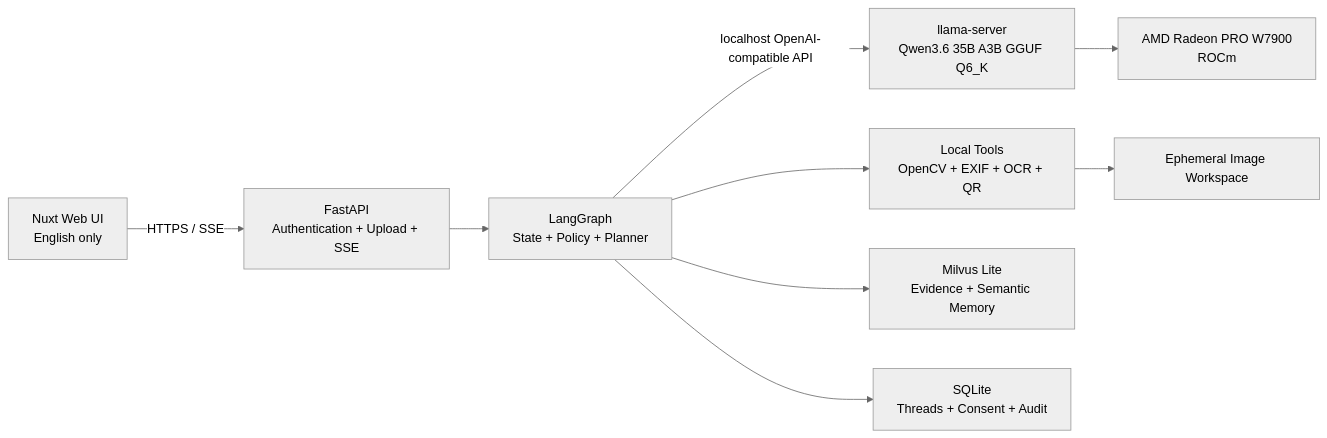
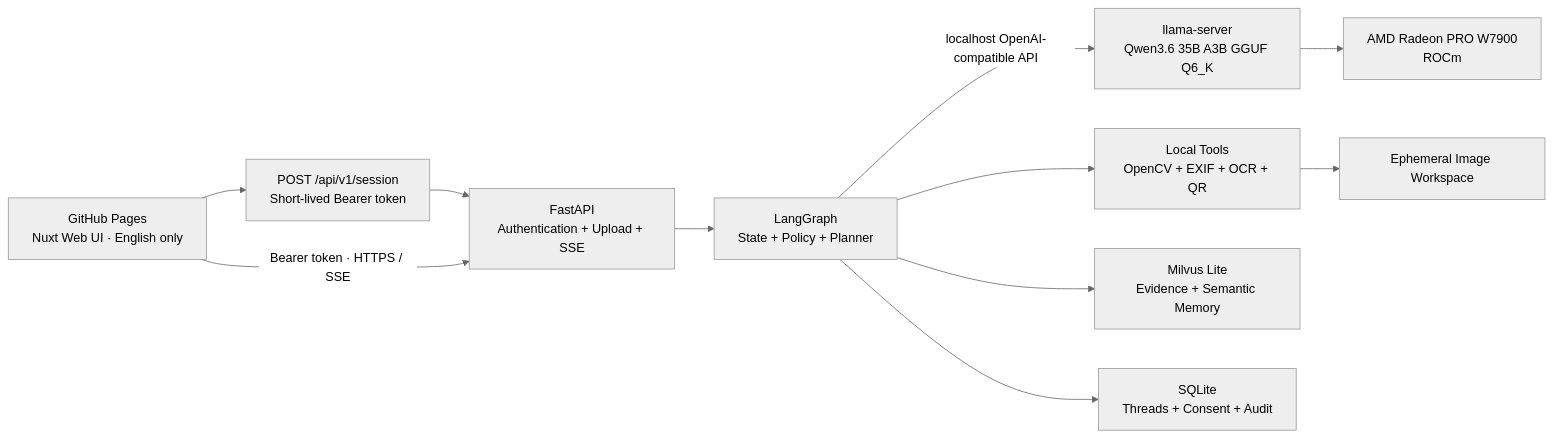
Before and after one commit to AMD-DEV-CONTEST/Radeon-hackathon-2026-07: the first of 2 diagrams in docs/XIANGLENS_APPLICATION_DESIGN.md, drawn with Mermaid (neutral theme). The commit also changed other lines of this file and 14 other files, not shown here.

Commit message:
add short-lived web access sessions

````diff
--- a/docs/XIANGLENS_APPLICATION_DESIGN.md
+++ b/docs/XIANGLENS_APPLICATION_DESIGN.md
@@ -223,21 +223,24 @@
 ```mermaid
 flowchart LR
-    UI["Nuxt Web UI<br/>English only"]
+    UI["GitHub Pages<br/>Nuxt Web UI · English only"]
+    SESSION["POST /api/v1/session<br/>Short-lived Bearer token"]
     API["FastAPI<br/>Authentication + Upload + SSE"]
     GRAPH["LangGraph<br/>State + Policy + Planner"]
     LLM["llama-server<br/>Qwen3.6 35B A3B GGUF Q6_K"]
     GPU["AMD Radeon PRO W7900<br/>ROCm"]
     TOOLS["Local Tools<br/>OpenCV + EXIF + OCR + QR"]
     MILVUS["Milvus Lite<br/>Evidence + Semantic Memory"]
     SQLITE["SQLite<br/>Threads + Consent + Audit"]
     TEMP["Ephemeral Image Workspace"]
 
-    UI -->|"HTTPS / SSE"| API
+    UI --> SESSION
+    SESSION --> API
+    UI -->|"Bearer token · HTTPS / SSE"| API
     API --> GRAPH
     GRAPH -->|"localhost OpenAI-compatible API"| LLM
     LLM --> GPU
     GRAPH --> TOOLS
     GRAPH --> MILVUS
     GRAPH --> SQLITE
     TOOLS --> TEMP
 ```
````
